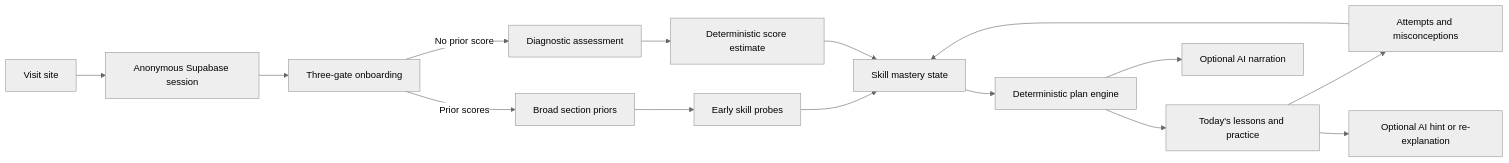
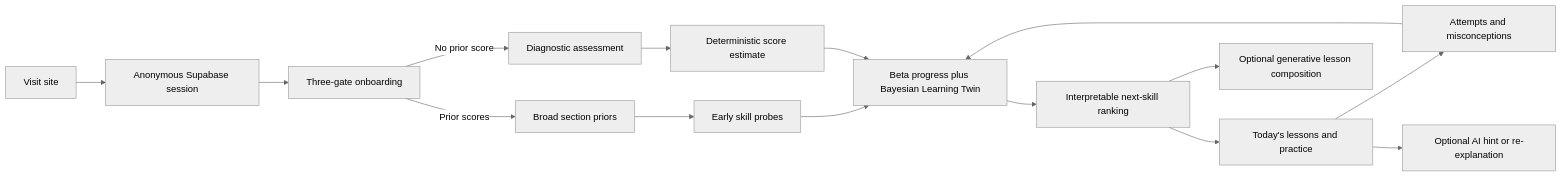
Before and after one commit to Hvcvvbjj/act-tutor--Prelim-My-Version: the diagram in docs/TECHNICAL_ARCHITECTURE.md, drawn with Mermaid (neutral theme). The commit also changed other lines of this file and 46 other files, not shown here.

Commit message:
Build competition-ready adaptive learning twin

````diff
--- a/docs/TECHNICAL_ARCHITECTURE.md
+++ b/docs/TECHNICAL_ARCHITECTURE.md
@@ -7,17 +7,17 @@
 ```mermaid
 flowchart LR
     A[Visit site] --> B[Anonymous Supabase session]
     B --> C[Three-gate onboarding]
     C -->|Prior scores| D[Broad section priors]
     C -->|No prior score| E[Diagnostic assessment]
     D --> F[Early skill probes]
     E --> G[Deterministic score estimate]
-    F --> H[Skill mastery state]
+    F --> H[Beta progress plus Bayesian Learning Twin]
     G --> H
-    H --> I[Deterministic plan engine]
+    H --> I[Interpretable next-skill ranking]
     I --> J[Today's lessons and practice]
     J --> K[Attempts and misconceptions]
     K --> H
-    I --> L[Optional AI narration]
+    I --> L[Optional generative lesson composition]
     J --> M[Optional AI hint or re-explanation]
 ```
````
